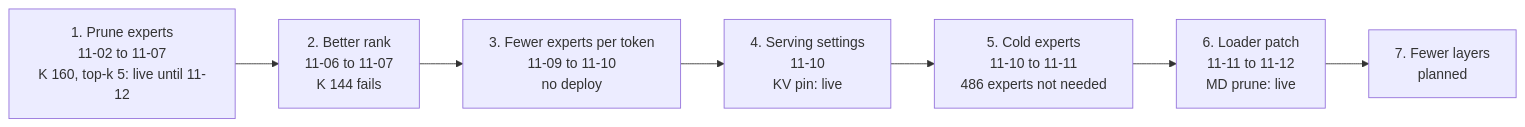
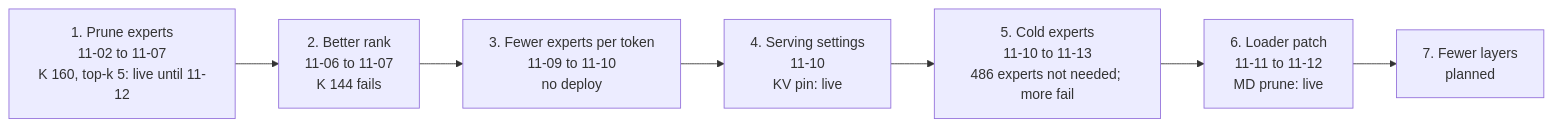
One commit to czhou578/dsv4-specialize changed the diagram in README.md. Above: the diagram before and after it, drawn with Mermaid. The commit also changed other lines of this file and 3 other files, not shown here.

````diff
--- a/README.md
+++ b/README.md
@@ -54,11 +54,11 @@
 ```mermaid
 flowchart LR
     S1["1. Prune experts<br/>11-02 to 11-07<br/>K 160, top-k 5: live until 11-12"]
     S2["2. Better rank<br/>11-06 to 11-07<br/>K 144 fails"]
     S3["3. Fewer experts per token<br/>11-09 to 11-10<br/>no deploy"]
     S4["4. Serving settings<br/>11-10<br/>KV pin: live"]
-    S5["5. Cold experts<br/>11-10 to 11-11<br/>486 experts not needed"]
+    S5["5. Cold experts<br/>11-10 to 11-13<br/>486 experts not needed; more fail"]
     S6["6. Loader patch<br/>11-11 to 11-12<br/>MD prune: live"]
     S7["7. Fewer layers<br/>planned"]
     S1 --> S2 --> S3 --> S4 --> S5 --> S6 --> S7
 ```
````
